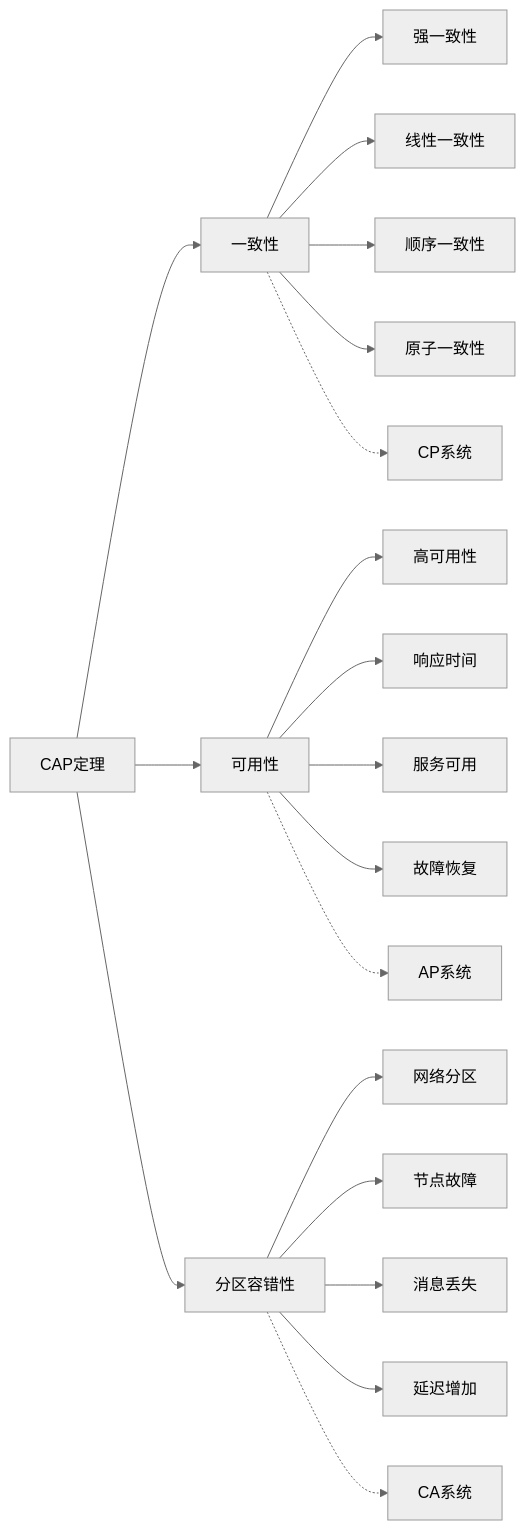
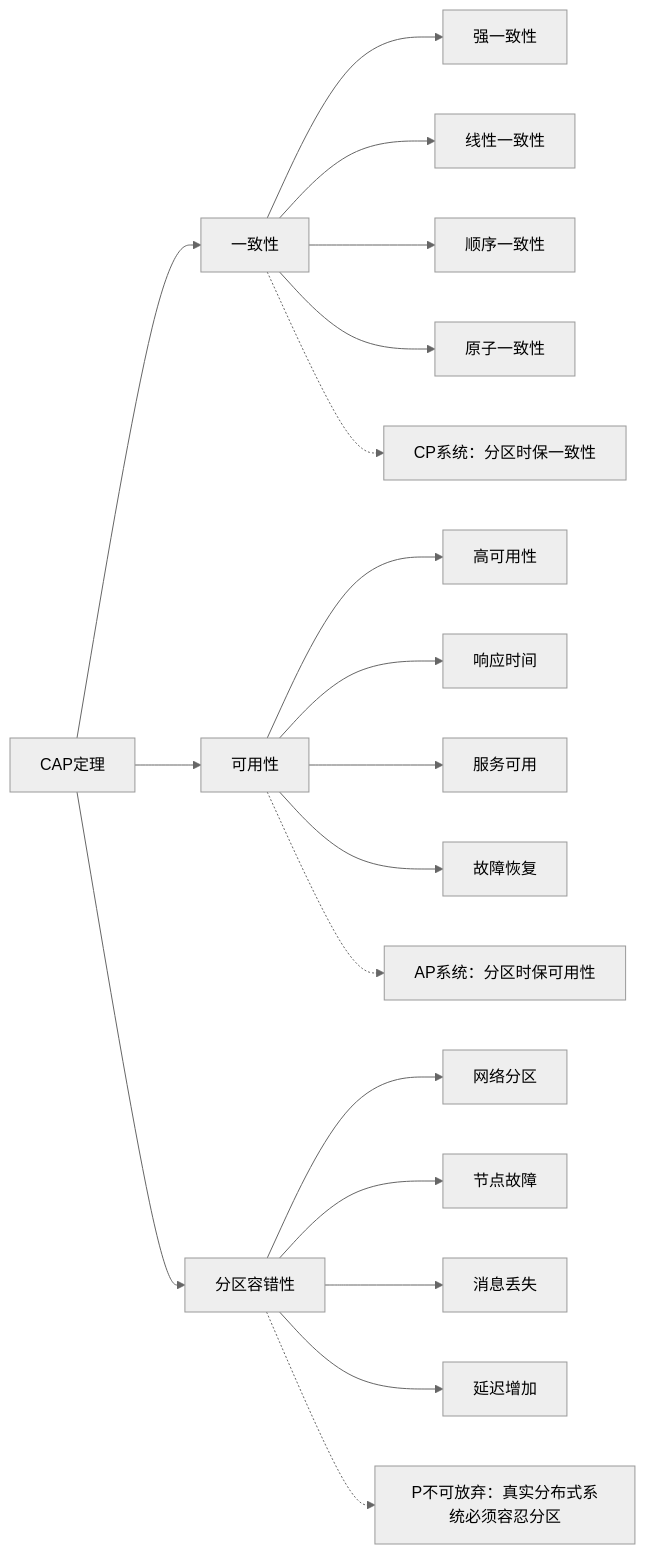
One commit to AdaMartin18010/SystemOSIOT changed the eighth of 20 diagrams in 4.分布式系统/4.5 多表征/4.5.1 概念图.md. Above: the diagram before and after it, drawn with Mermaid (neutral theme). The commit also changed other lines of this file and 90 other files, not shown here.

````diff
--- a/4.分布式系统/4.5 多表征/4.5.1 概念图.md
+++ b/4.分布式系统/4.5 多表征/4.5.1 概念图.md
@@ -275,25 +275,25 @@
 ```mermaid
 graph LR
     A[CAP定理] --> B[一致性]
     A --> C[可用性]
     A --> D[分区容错性]
 
     B --> B1[强一致性]
     B --> B2[线性一致性]
     B --> B3[顺序一致性]
     B --> B4[原子一致性]
 
     C --> C1[高可用性]
     C --> C2[响应时间]
     C --> C3[服务可用]
     C --> C4[故障恢复]
 
     D --> D1[网络分区]
     D --> D2[节点故障]
     D --> D3[消息丢失]
     D --> D4[延迟增加]
 
-    B -.-> E[CP系统]
-    C -.-> F[AP系统]
-    D -.-> G[CA系统]
+    B -.-> E[CP系统：分区时保一致性]
+    C -.-> F[AP系统：分区时保可用性]
+    D -.-> G[P不可放弃：真实分布式系统必须容忍分区]
 ```
````
